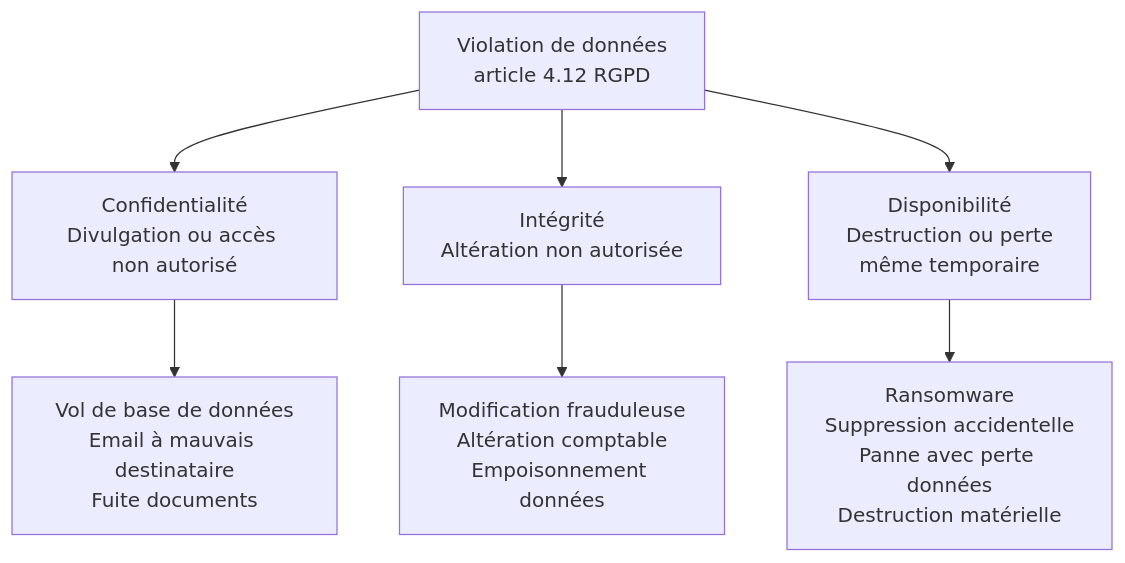
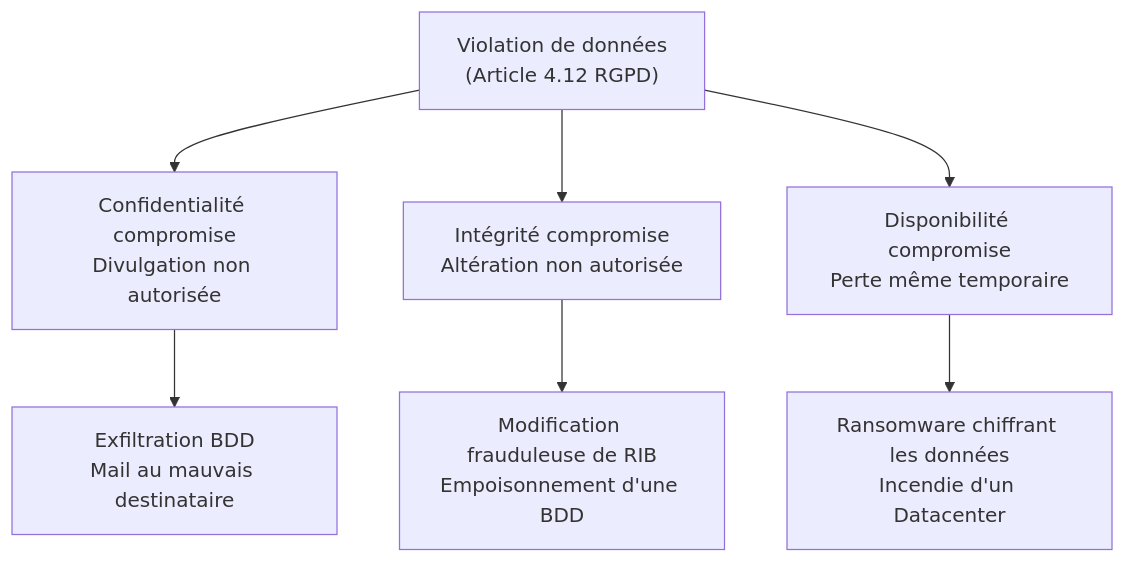
One commit to zyrass/omnydocs changed the fourth of 7 diagrams in docs/cursus-forensic/01-cycle-0-fondations/module-1-legislation/08-rgpd-articles-32-33-34.md. Above: the diagram before and after it, drawn with Mermaid. The commit also changed other lines of this file and 171 other files, not shown here.

````diff
--- a/docs/cursus-forensic/01-cycle-0-fondations/module-1-legislation/08-rgpd-articles-32-33-34.md
+++ b/docs/cursus-forensic/01-cycle-0-fondations/module-1-legislation/08-rgpd-articles-32-33-34.md
@@ -252,11 +218,11 @@
 ```mermaid
 flowchart TB
-    A[Violation de données<br>article 4.12 RGPD]
-    A --> B[Confidentialité<br>Divulgation ou accès non autorisé]
-    A --> C[Intégrité<br>Altération non autorisée]
-    A --> D[Disponibilité<br>Destruction ou perte<br>même temporaire]
+    A["Violation de données<br>(Article 4.12 RGPD)"]
+    A --> B["Confidentialité compromise<br>Divulgation non autorisée"]
+    A --> C["Intégrité compromise<br>Altération non autorisée"]
+    A --> D["Disponibilité compromise<br>Perte même temporaire"]
 
-    B --> B1[Vol de base de données<br>Email à mauvais destinataire<br>Fuite documents]
-    C --> C1[Modification frauduleuse<br>Altération comptable<br>Empoisonnement données]
-    D --> D1[Ransomware<br>Suppression accidentelle<br>Panne avec perte données<br>Destruction matérielle]
+    B --> B1["Exfiltration BDD<br>Mail au mauvais destinataire"]
+    C --> C1["Modification frauduleuse de RIB<br>Empoisonnement d'une BDD"]
+    D --> D1["Ransomware chiffrant les données<br>Incendie d'un Datacenter"]
 ```
````
